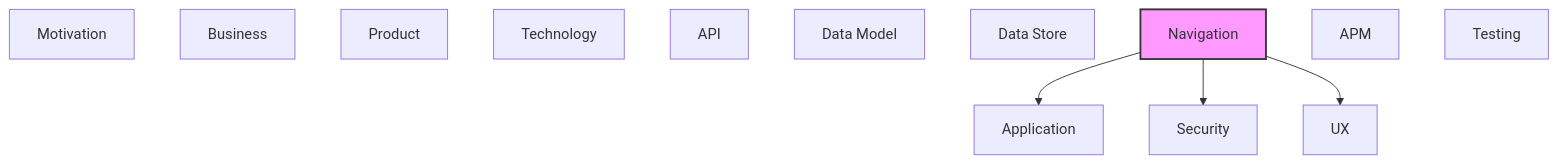
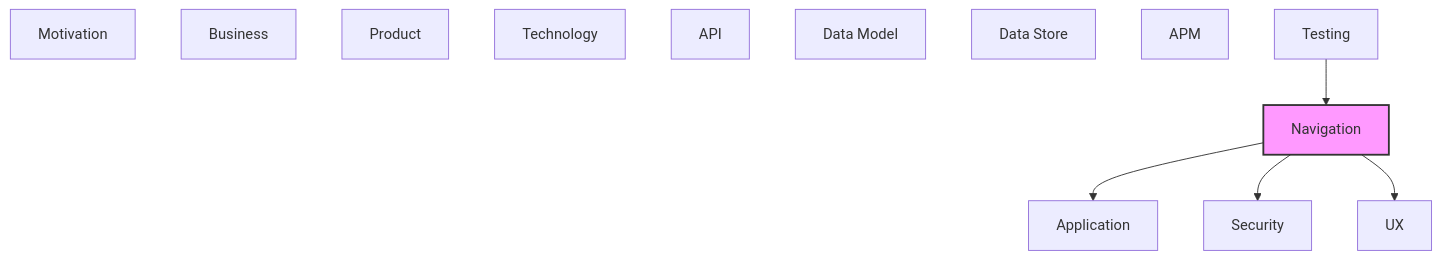
Before and after one commit to tinkermonkey/documentation_robotics_viewer: the second of 2 diagrams in documentation-robotics/reports/11-navigation-layer-report.md, drawn with Mermaid. The commit also changed other lines of this file and 68 other files, not shown here.

````diff
--- a/documentation-robotics/reports/11-navigation-layer-report.md
+++ b/documentation-robotics/reports/11-navigation-layer-report.md
@@ -58,21 +59,22 @@
 ```mermaid
 flowchart TB
   classDef current fill:#f9f,stroke:#333,stroke-width:2px
   motivation["Motivation"]
   business["Business"]
   product["Product"]
   security["Security"]
   application["Application"]
   technology["Technology"]
   api["API"]
   data_model["Data Model"]
   data_store["Data Store"]
   ux["UX"]
   navigation["Navigation"]
   apm["APM"]
   testing["Testing"]
   navigation --> application
   navigation --> security
   navigation --> ux
+  testing --> navigation
   class navigation current
 ```
````
